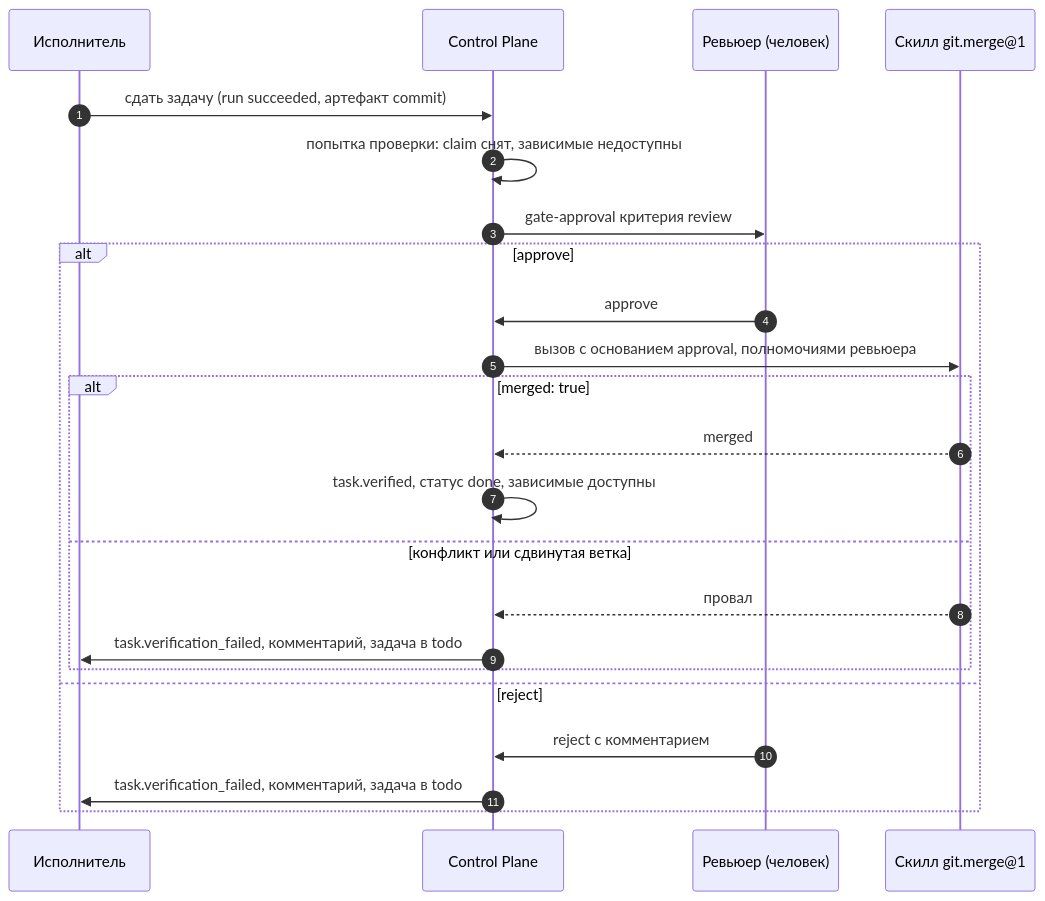
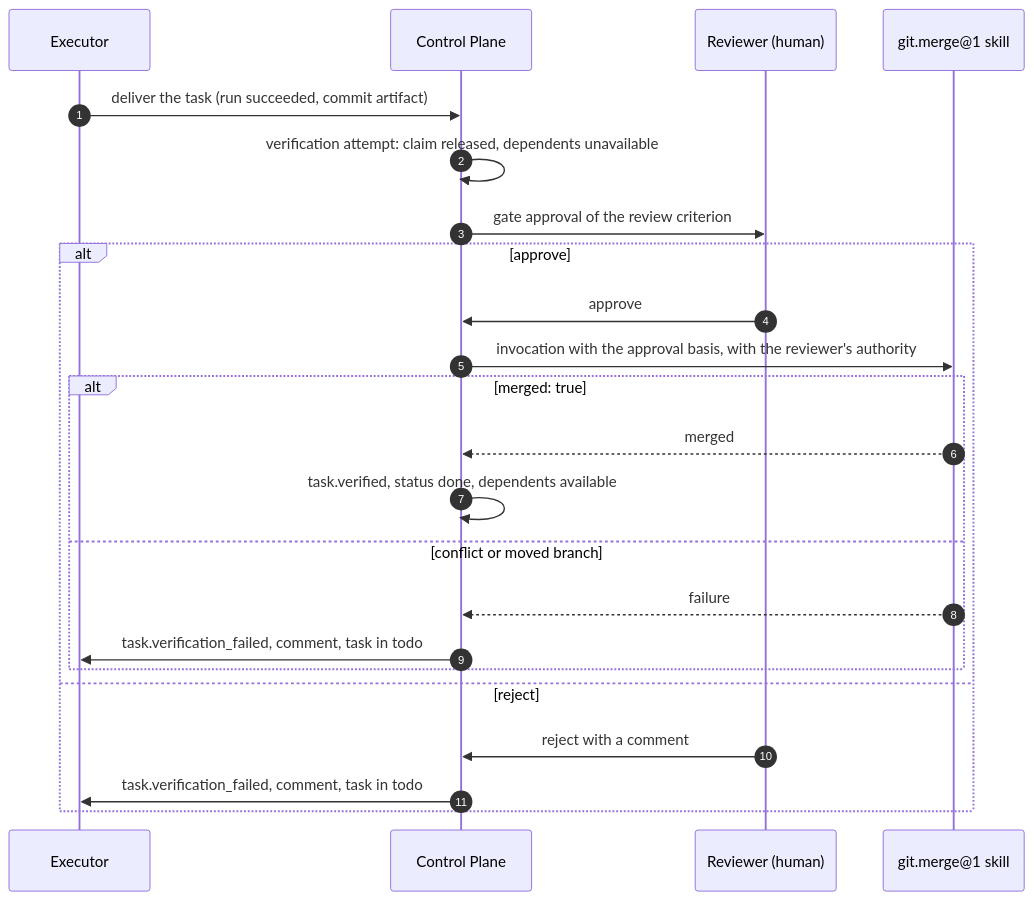
One commit to monthu56/taimen changed the fifth of 5 diagrams in guide/docs/control-plane/task-types.md. Above: the diagram before and after it, drawn with Mermaid. The commit also changed other lines of this file and 183 other files, not shown here.

````diff
--- a/guide/docs/control-plane/task-types.md
+++ b/guide/docs/control-plane/task-types.md
@@ -616,25 +617,25 @@
 ```mermaid
 sequenceDiagram
     autonumber
-    participant E as Исполнитель
+    participant E as Executor
     participant CP as Control Plane
-    participant R as Ревьюер (человек)
-    participant S as Скилл git.merge@1
-    E->>CP: сдать задачу (run succeeded, артефакт commit)
-    CP->>CP: попытка проверки: claim снят, зависимые недоступны
-    CP->>R: gate-approval критерия review
+    participant R as Reviewer (human)
+    participant S as git.merge@1 skill
+    E->>CP: deliver the task (run succeeded, commit artifact)
+    CP->>CP: verification attempt: claim released, dependents unavailable
+    CP->>R: gate approval of the review criterion
     alt approve
         R->>CP: approve
-        CP->>S: вызов с основанием approval, полномочиями ревьюера
+        CP->>S: invocation with the approval basis, with the reviewer's authority
         alt merged: true
             S-->>CP: merged
-            CP->>CP: task.verified, статус done, зависимые доступны
-        else конфликт или сдвинутая ветка
-            S-->>CP: провал
-            CP->>E: task.verification_failed, комментарий, задача в todo
+            CP->>CP: task.verified, status done, dependents available
+        else conflict or moved branch
+            S-->>CP: failure
+            CP->>E: task.verification_failed, comment, task in todo
         end
     else reject
-        R->>CP: reject с комментарием
-        CP->>E: task.verification_failed, комментарий, задача в todo
+        R->>CP: reject with a comment
+        CP->>E: task.verification_failed, comment, task in todo
     end
 ```
````
